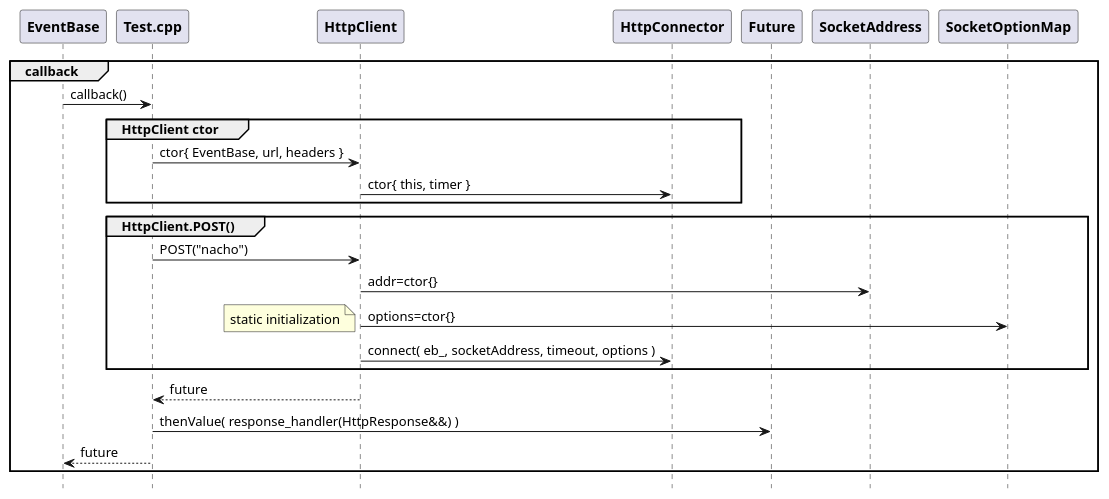
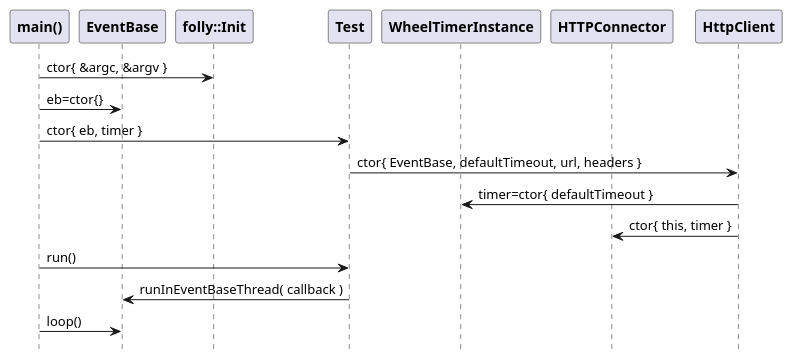
One commit to patrickhallinan/hello-proxygen changed the first of 3 diagrams in doc/test.adoc. Above: the diagram before and after it, drawn with PlantUML. The commit also changed other lines of this file and 3 other files, not shown here.

```diff
--- a/doc/test.adoc
+++ b/doc/test.adoc
@@ -104,40 +20,29 @@
-[plantuml, "http-client-connect.puml", svg]
+[plantuml, "curl-init.puml", svg]
 ----
 hide footbox
 
+participant "**main()**" as main
 participant "**EventBase**" as EventBase
-participant "**Test.cpp**" as test_cpp
+participant "**folly::Init**" as Init
+participant "**Test**" as test
+participant "**WheelTimerInstance**" as WheelTimerInstance
+participant "**HTTPConnector**" as HTTPConnector
 participant "**HttpClient**" as HttpClient
-participant "**HttpConnector**" as HttpConnector
-participant "**Future**" as Future
-participant "**SocketAddress**" as SocketAddress
-participant "**SocketOptionMap**" as SocketOptionMap
 
-'participant "**URL**" as URL
 
-group callback
-    EventBase -> test_cpp : callback()
-    
-    group HttpClient ctor
-        test_cpp -> HttpClient : ctor{ EventBase, url, headers }
-        HttpClient -> HttpConnector : ctor{ this, timer }        
-    end group
+main -> Init : ctor{ &argc, &argv }
+main -> EventBase : eb=ctor{}
 
-    group HttpClient.POST()
-        test_cpp -> HttpClient : POST("nacho")
-        HttpClient -> SocketAddress : addr=ctor{}
-        
-        HttpClient -> SocketOptionMap : options=ctor{}
-        note left: static initialization
-        
-        HttpClient -> HttpConnector : connect( eb_, socketAddress, timeout, options )
-    end group
-    
-    HttpClient --> test_cpp : future
-    test_cpp -> Future : thenValue( response_handler(HttpResponse&&) )
-    test_cpp --> EventBase : future
-end group
+main -> test : ctor{ eb, timer }
 
-'main -> HttpClient : ctor{ eb, HTTPMethod::GET, proxy=nullptr, headers, input_filename, h2c=true )
-'main -> SocketAddress : addr=ctor{ host, port, allowNameLookup=true }
+test -> HttpClient : ctor{ EventBase, defaultTimeout, url, headers }
+
+HttpClient -> WheelTimerInstance : timer=ctor{ defaultTimeout }
+HttpClient -> HTTPConnector : ctor{ this, timer }        
+
+main -> test : run()
+
+test -> EventBase : runInEventBaseThread( callback )
+
+main -> EventBase : loop()
 ----
```
